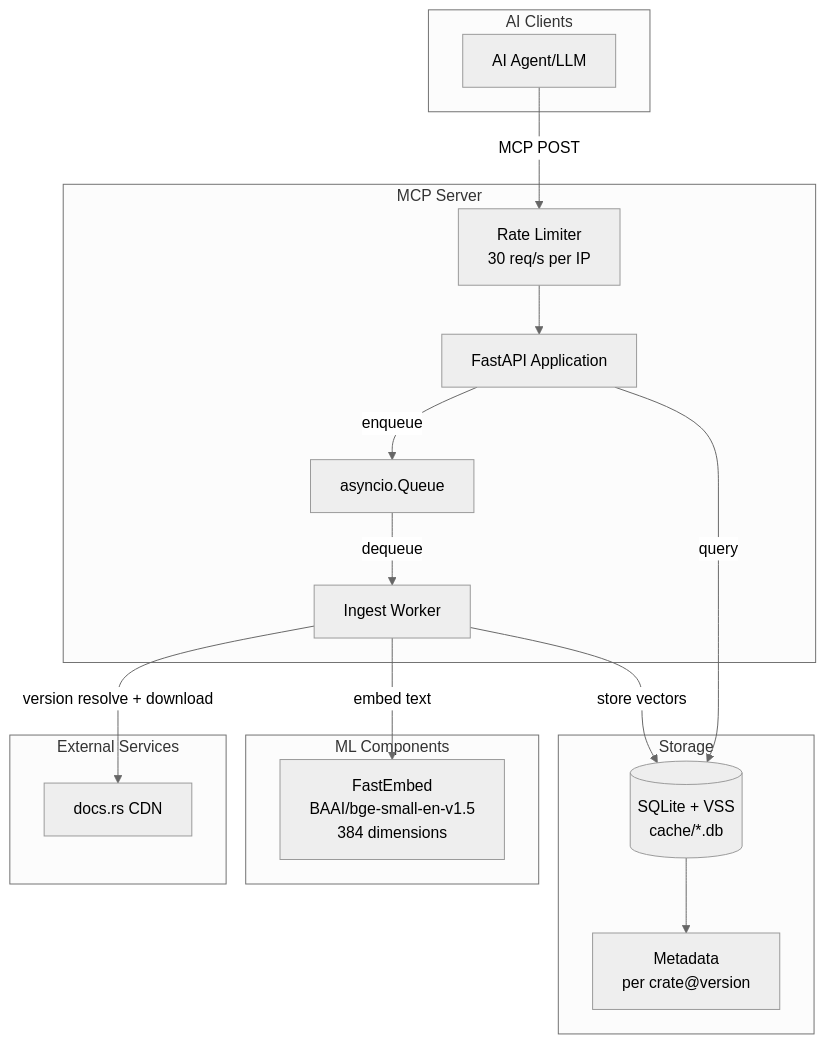
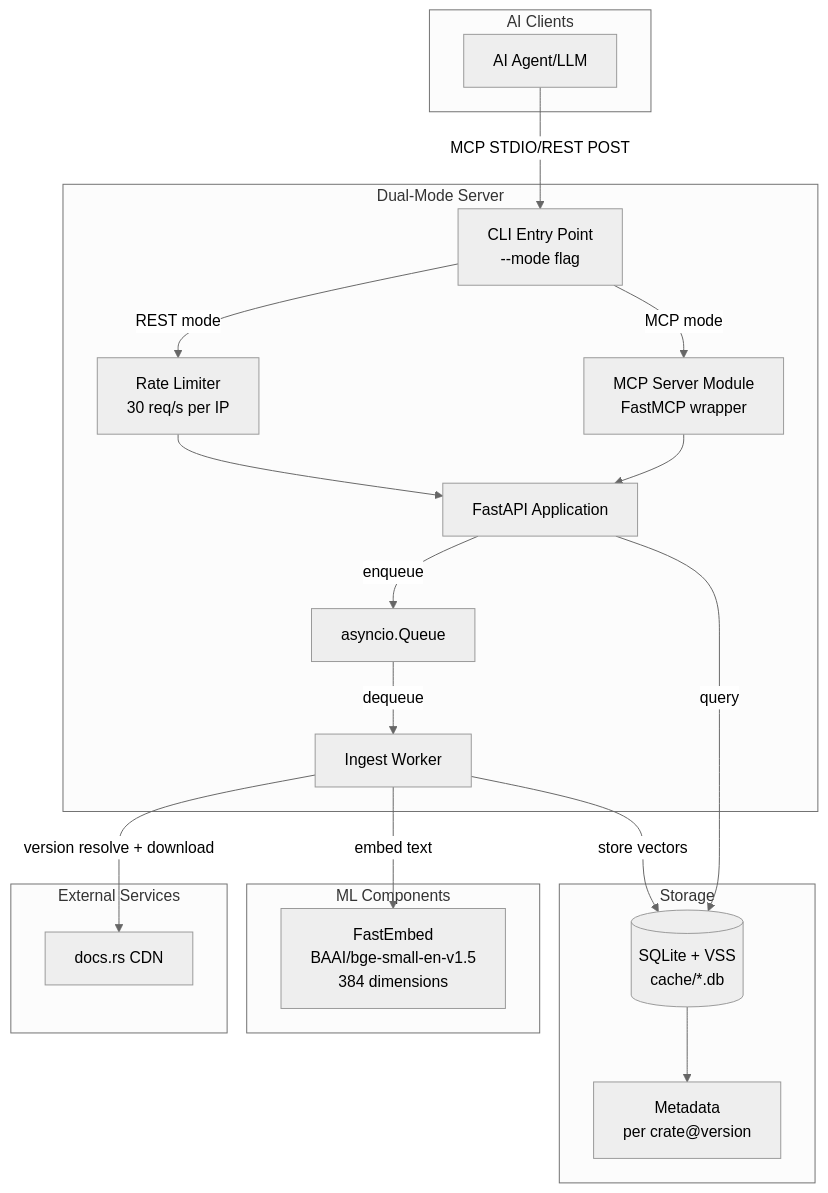
Before and after one commit to RimoVR/docsrs-mcp: the first of 12 diagrams in Architecture.md, drawn with Mermaid (neutral theme). The commit also changed other lines of this file and 8 other files, not shown here.

First line of the commit message:
feat: Implement MCP protocol support with FastMCP library

````diff
--- a/Architecture.md
+++ b/Architecture.md
@@ -9,36 +9,41 @@
 ```mermaid
 graph TB
     subgraph "AI Clients"
         AI[AI Agent/LLM]
     end
     
-    subgraph "MCP Server"
+    subgraph "Dual-Mode Server"
+        CLI[CLI Entry Point<br/>--mode flag]
         API[FastAPI Application]
+        MCP[MCP Server Module<br/>FastMCP wrapper]
         RL[Rate Limiter<br/>30 req/s per IP]
         IW[Ingest Worker]
         Queue[asyncio.Queue]
     end
     
     subgraph "External Services"
         DOCS[docs.rs CDN]
     end
     
     subgraph "Storage"
         CACHE[(SQLite + VSS<br/>cache/*.db)]
         META[Metadata<br/>per crate@version]
     end
     
     subgraph "ML Components"
         EMB[FastEmbed<br/>BAAI/bge-small-en-v1.5<br/>384 dimensions]
     end
     
-    AI -->|MCP POST| RL
+    AI -->|MCP STDIO/REST POST| CLI
+    CLI -->|REST mode| RL
+    CLI -->|MCP mode| MCP
+    MCP --> API
     RL --> API
     API -->|enqueue| Queue
     Queue -->|dequeue| IW
     IW -->|version resolve + download| DOCS
     IW -->|embed text| EMB
     IW -->|store vectors| CACHE
     API -->|query| CACHE
     CACHE --> META
 ```
````
